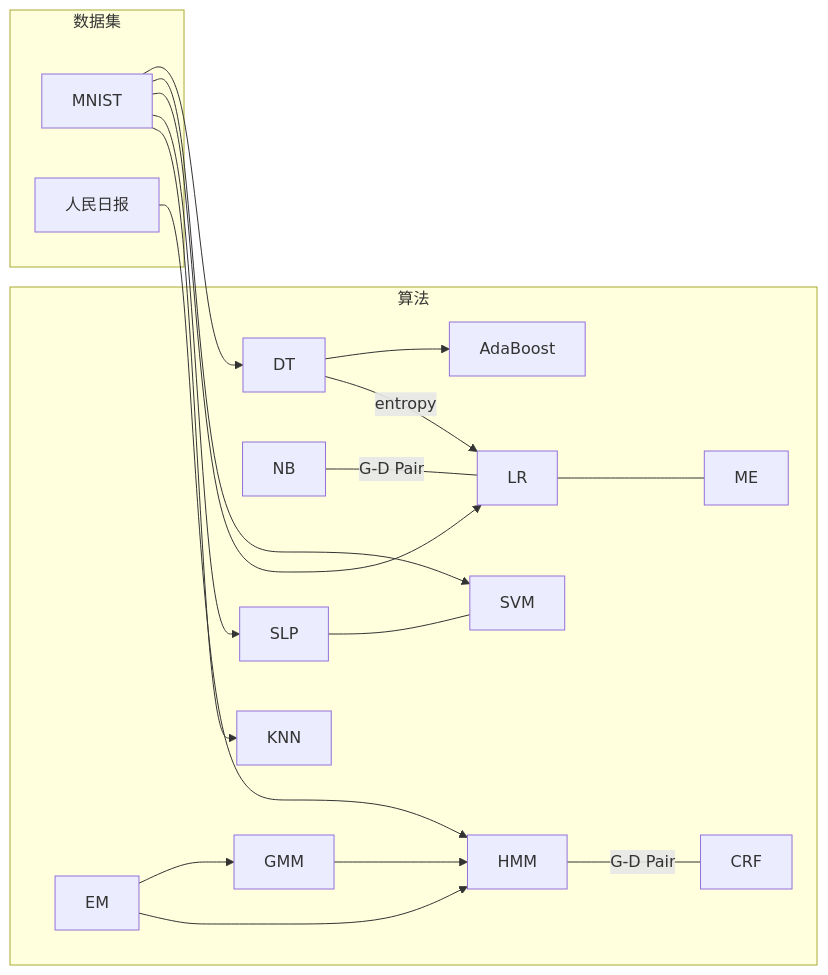
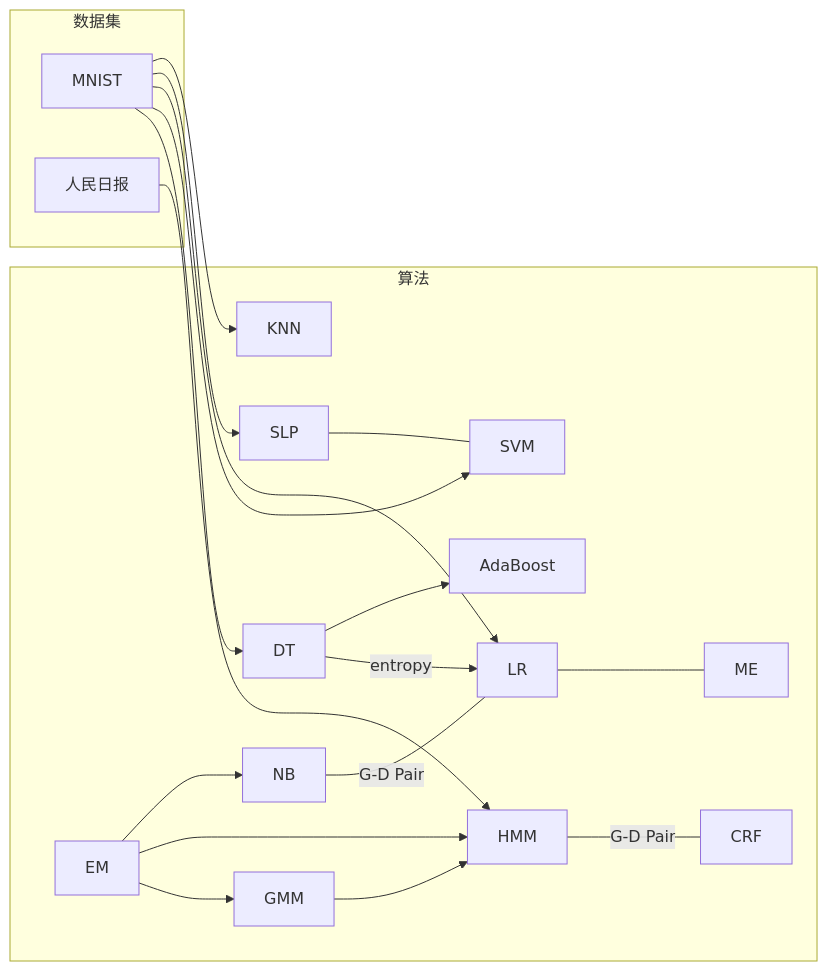
One commit to SmirkCao/Lihang changed the diagram in README.md. Above: the diagram before and after it, drawn with Mermaid. The commit also changed 1 other file, not shown here.

Commit message:
期望最大化算法推导部分完善, 不要看, 要自己写才有收获

````diff
--- a/README.md
+++ b/README.md
@@ -164,26 +164,27 @@
 ```mermaid
 graph LR
 	subgraph 算法
 	KNN
 	NB--G-D Pair---LR
 	LR---ME
 	SLP---SVM
+	DT-->AdaBoost
 	DT--entropy-->LR
-	DT-->AdaBoost
+	EM-->NB
 	EM-->HMM
 	EM-->GMM
 	GMM-->HMM
 	HMM--G-D Pair---CRF
 	end
 	subgraph 数据集
 	MNIST-->KNN
 	MNIST-->SLP
 	MNIST-->LR
 	MNIST-->SVM
 	MNIST-->DT
 	人民日报-->HMM
 	end
 	
 	
 	 
 ```
````
